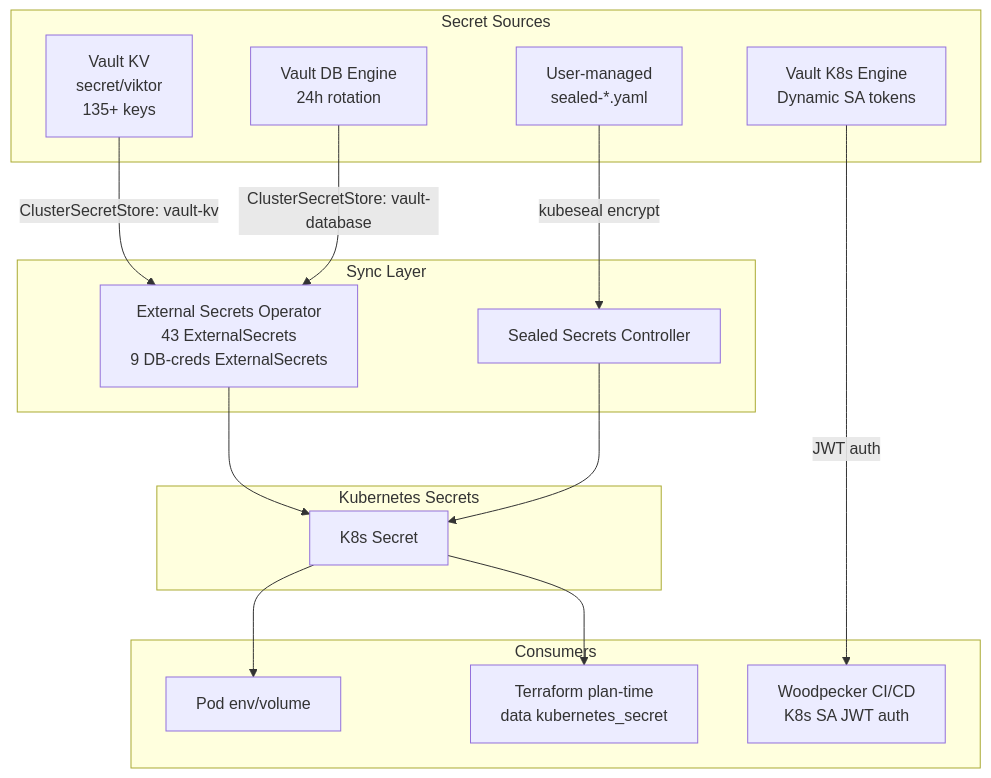
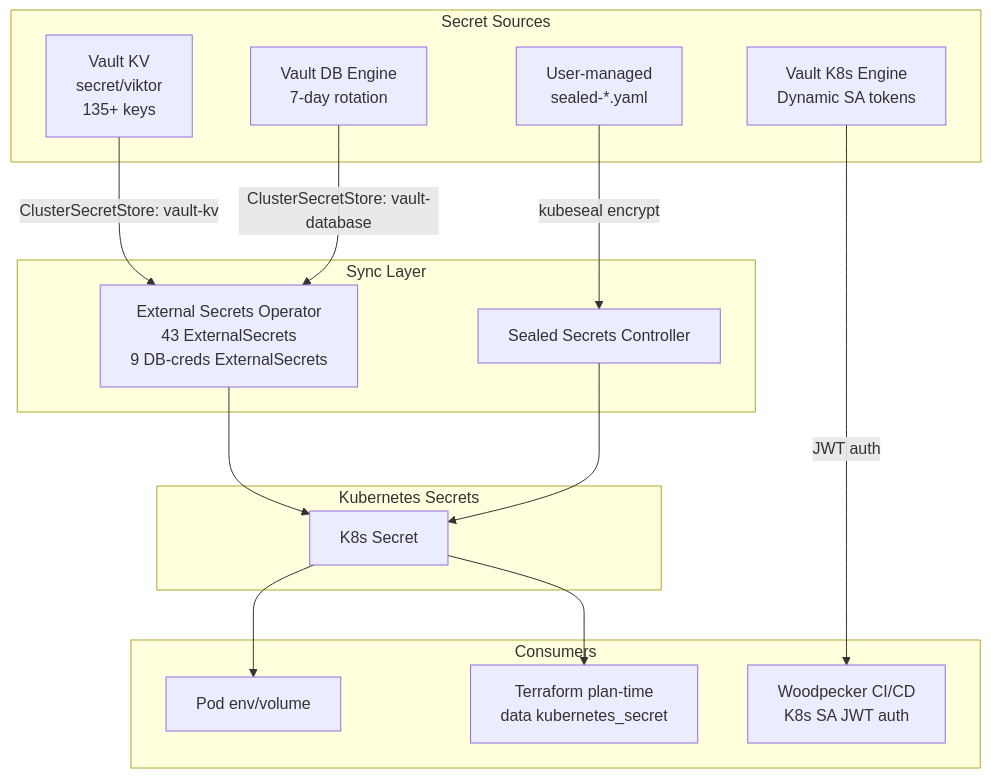
The first of 2 diagrams in docs/architecture/secrets.md (ViktorBarzin/infra), drawn with Mermaid before and after one commit. The commit also changed other lines of this file and 13 other files, not shown here.

First line of the commit message:
docs: comprehensive audit and update of all architecture docs and runbooks [ci skip]

````diff
--- a/docs/architecture/secrets.md
+++ b/docs/architecture/secrets.md
@@ -9,35 +9,35 @@
 ```mermaid
 graph TB
     subgraph "Secret Sources"
         VAULT_KV[Vault KV<br/>secret/viktor<br/>135+ keys]
-        VAULT_DB[Vault DB Engine<br/>24h rotation]
+        VAULT_DB[Vault DB Engine<br/>7-day rotation]
         VAULT_K8S[Vault K8s Engine<br/>Dynamic SA tokens]
         USER[User-managed<br/>sealed-*.yaml]
     end
 
     subgraph "Sync Layer"
         ESO[External Secrets Operator<br/>43 ExternalSecrets<br/>9 DB-creds ExternalSecrets]
         KUBESEAL[Sealed Secrets Controller]
     end
 
     subgraph "Kubernetes Secrets"
         K8S_SECRET[K8s Secret]
     end
 
     subgraph "Consumers"
         POD[Pod env/volume]
         TF_PLAN[Terraform plan-time<br/>data kubernetes_secret]
         CI[Woodpecker CI/CD<br/>K8s SA JWT auth]
     end
 
     VAULT_KV -->|ClusterSecretStore: vault-kv| ESO
     VAULT_DB -->|ClusterSecretStore: vault-database| ESO
     ESO --> K8S_SECRET
     USER -->|kubeseal encrypt| KUBESEAL
     KUBESEAL --> K8S_SECRET
 
     K8S_SECRET --> POD
     K8S_SECRET --> TF_PLAN
 
     VAULT_K8S -->|JWT auth| CI
 ```
````
